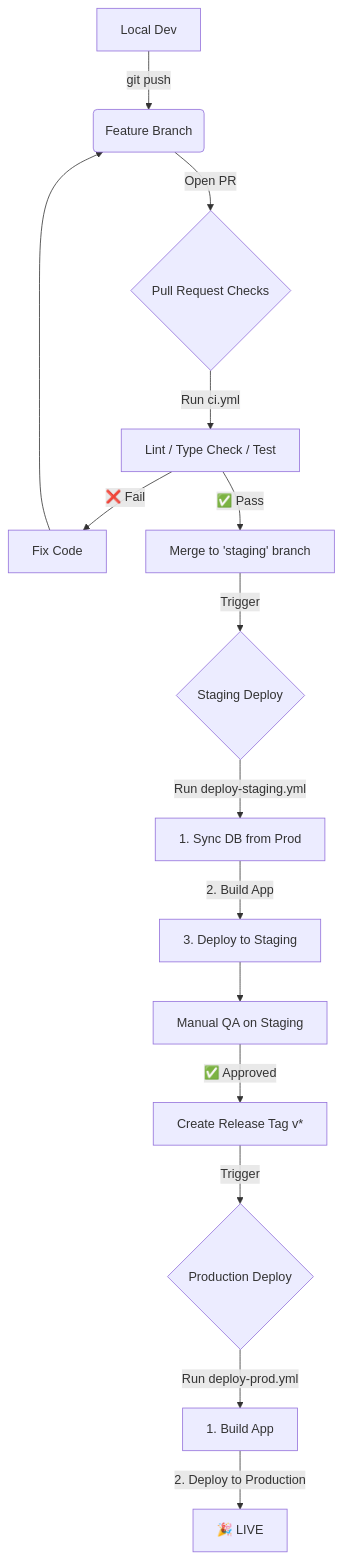
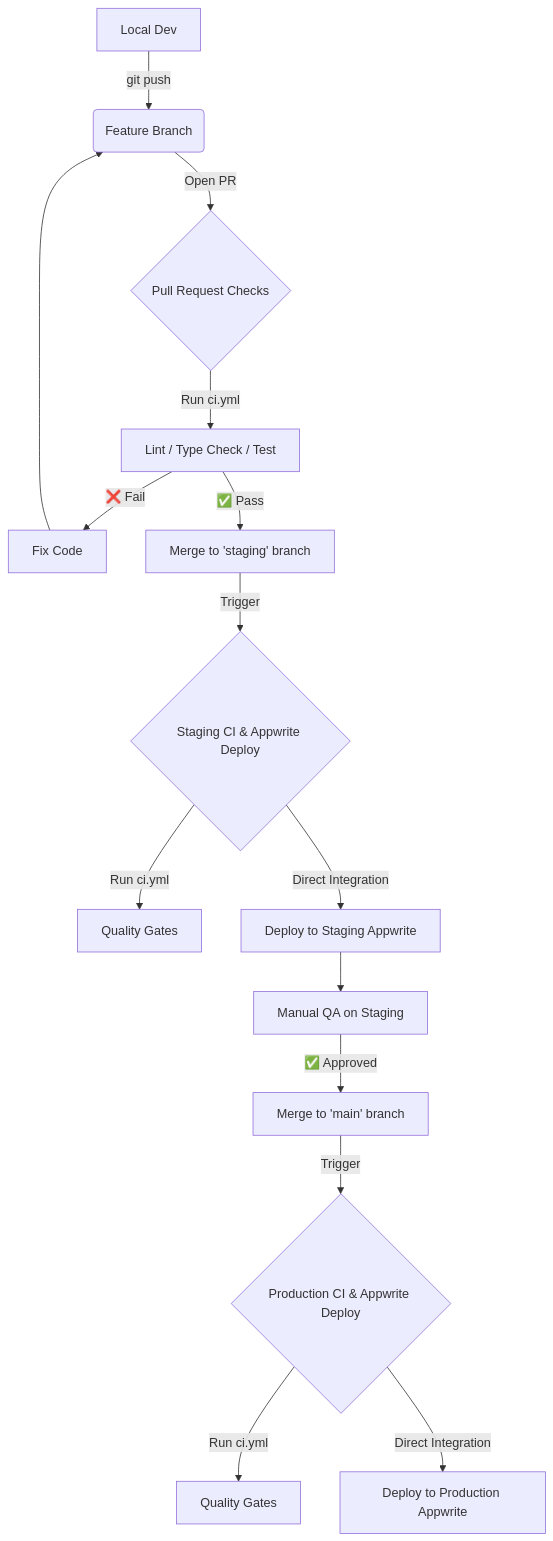
Before and after one commit to pdcarlson/taunufiji-dot-app: the diagram in WORKFLOW.md, drawn with Mermaid. The commit also changed other lines of this file and 7 other files, not shown here.

````diff
--- a/WORKFLOW.md
+++ b/WORKFLOW.md
@@ -7,17 +7,17 @@
 ```mermaid
 graph TD
     A[Local Dev] -->|git push| B(Feature Branch)
     B -->|Open PR| C{Pull Request Checks}
     C -->|Run ci.yml| D[Lint / Type Check / Test]
     D -->|❌ Fail| E[Fix Code]
     E --> B
     D -->|✅ Pass| F[Merge to 'staging' branch]
-    F -->|Trigger| G{Staging Deploy}
-    G -->|Run deploy-staging.yml| H[1. Sync DB from Prod]
-    H -->|2. Build App| I[3. Deploy to Staging]
+    F -->|Trigger| G{Staging CI & Appwrite Deploy}
+    G -->|Run ci.yml| H[Quality Gates]
+    G -->|Direct Integration| I[Deploy to Staging Appwrite]
     I --> J[Manual QA on Staging]
-    J -->|✅ Approved| K[Create Release Tag v*]
-    K -->|Trigger| L{Production Deploy}
-    L -->|Run deploy-prod.yml| M[1. Build App]
-    M -->|2. Deploy to Production| N[🎉 LIVE]
+    J -->|✅ Approved| K[Merge to 'main' branch]
+    K -->|Trigger| L{Production CI & Appwrite Deploy}
+    L -->|Run ci.yml| M[Quality Gates]
+    L -->|Direct Integration| N[Deploy to Production Appwrite]
 ```
````
